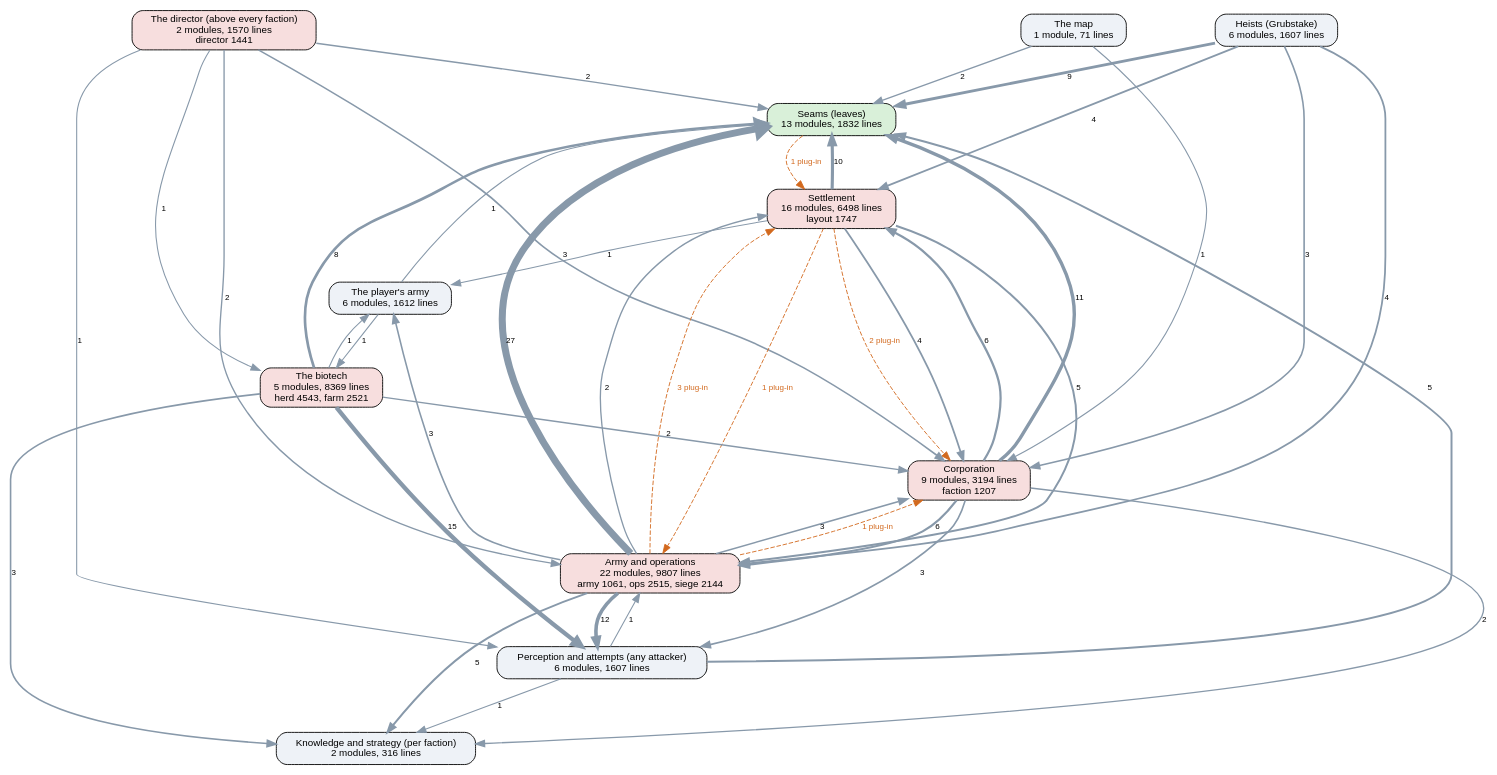
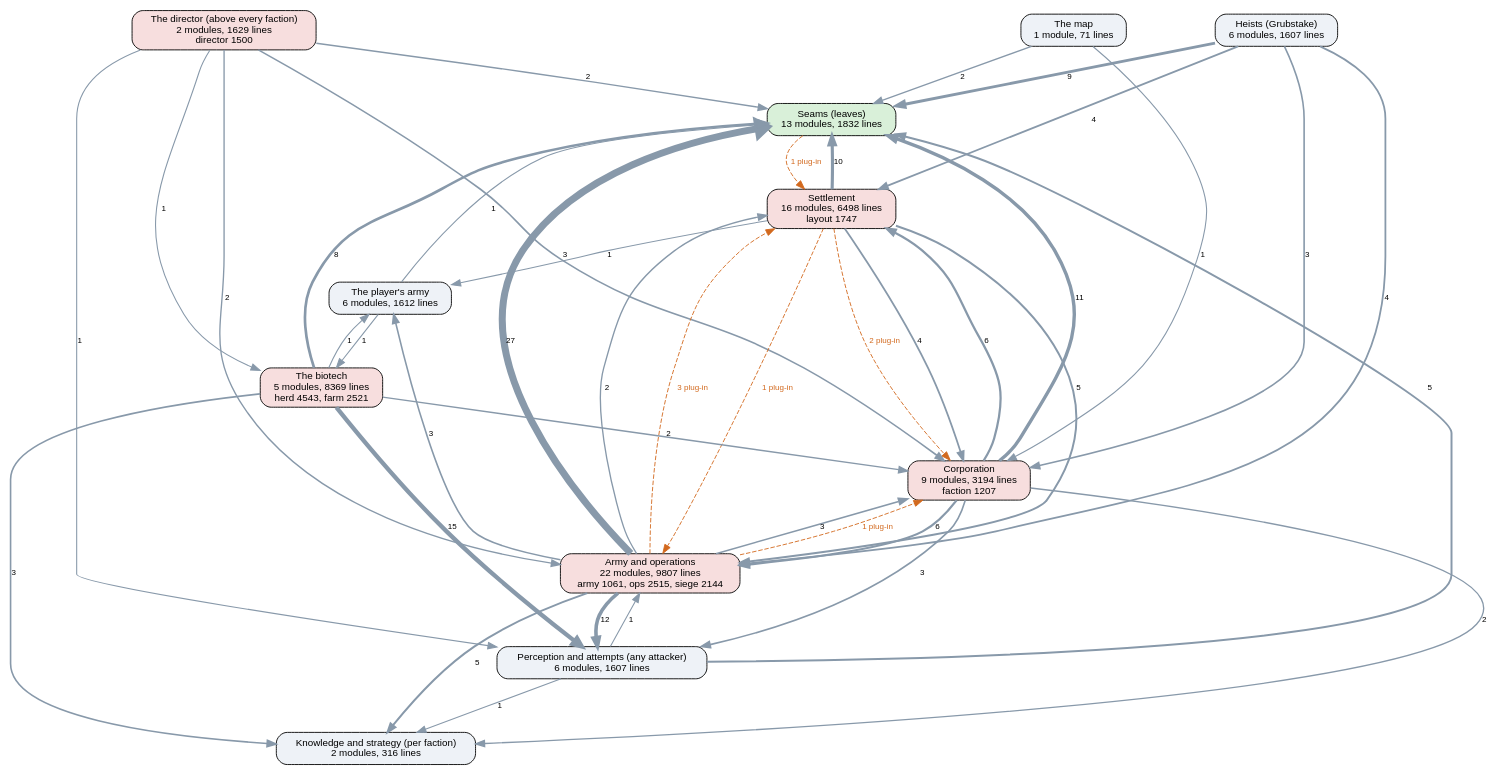
One commit to kinelhu/landing-party changed the diagram in docs/ai-layers.dot. Above: the diagram before and after it, drawn with Graphviz. The commit also changed 13 other files, not shown here.

```diff
--- a/docs/ai-layers.dot
+++ b/docs/ai-layers.dot
@@ -1,57 +1,57 @@
 digraph layers {
   graph [rankdir=TB, fontname="Helvetica", nodesep=0.5, ranksep=0.7];
   node [shape=box, style="rounded,filled", fontname="Helvetica", fontsize=11, fillcolor="#eef2f7"];
   edge [color="#8899aa", fontname="Helvetica", fontsize=9];
   "Seams (leaves)" [label="Seams (leaves)\n13 modules, 1832 lines", fillcolor="#d9f0d9"];
   "Perception and attempts (any attacker)" [label="Perception and attempts (any attacker)\n6 modules, 1607 lines", fillcolor="#eef2f7"];
   "Knowledge and strategy (per faction)" [label="Knowledge and strategy (per faction)\n2 modules, 316 lines", fillcolor="#eef2f7"];
-  "The director (above every faction)" [label="The director (above every faction)\n2 modules, 1570 lines\ndirector 1441", fillcolor="#f7dede"];
+  "The director (above every faction)" [label="The director (above every faction)\n2 modules, 1629 lines\ndirector 1500", fillcolor="#f7dede"];
   "Corporation" [label="Corporation\n9 modules, 3194 lines\nfaction 1207", fillcolor="#f7dede"];
   "Settlement" [label="Settlement\n16 modules, 6498 lines\nlayout 1747", fillcolor="#f7dede"];
   "Army and operations" [label="Army and operations\n22 modules, 9807 lines\narmy 1061, ops 2515, siege 2144", fillcolor="#f7dede"];
   "Heists (Grubstake)" [label="Heists (Grubstake)\n6 modules, 1607 lines", fillcolor="#eef2f7"];
   "The biotech" [label="The biotech\n5 modules, 8369 lines\nherd 4543, farm 2521", fillcolor="#f7dede"];
   "The map" [label="The map\n1 module, 71 lines", fillcolor="#eef2f7"];
   "The player's army" [label="The player's army\n6 modules, 1612 lines", fillcolor="#eef2f7"];
   "Army and operations" -> "Corporation" [label="3", penwidth=1.8];
   "Army and operations" -> "Knowledge and strategy (per faction)" [label="5", penwidth=2.2];
   "Army and operations" -> "Perception and attempts (any attacker)" [label="12", penwidth=4.0];
   "Army and operations" -> "Seams (leaves)" [label="27", penwidth=7.8];
   "Army and operations" -> "Settlement" [label="2", penwidth=1.5];
   "Army and operations" -> "The player's army" [label="3", penwidth=1.8];
   "Corporation" -> "Army and operations" [label="6", penwidth=2.5];
   "Corporation" -> "Knowledge and strategy (per faction)" [label="2", penwidth=1.5];
   "Corporation" -> "Perception and attempts (any attacker)" [label="3", penwidth=1.8];
   "Corporation" -> "Seams (leaves)" [label="11", penwidth=3.8];
   "Corporation" -> "Settlement" [label="6", penwidth=2.5];
   "Heists (Grubstake)" -> "Army and operations" [label="4", penwidth=2.0];
   "Heists (Grubstake)" -> "Corporation" [label="3", penwidth=1.8];
   "Heists (Grubstake)" -> "Seams (leaves)" [label="9", penwidth=3.2];
   "Heists (Grubstake)" -> "Settlement" [label="4", penwidth=2.0];
   "Perception and attempts (any attacker)" -> "Army and operations" [label="1", penwidth=1.2];
   "Perception and attempts (any attacker)" -> "Knowledge and strategy (per faction)" [label="1", penwidth=1.2];
   "Perception and attempts (any attacker)" -> "Seams (leaves)" [label="5", penwidth=2.2];
   "Settlement" -> "Army and operations" [label="5", penwidth=2.2];
   "Settlement" -> "Corporation" [label="4", penwidth=2.0];
   "Settlement" -> "Seams (leaves)" [label="10", penwidth=3.5];
   "Settlement" -> "The player's army" [label="1", penwidth=1.2];
   "The biotech" -> "Corporation" [label="2", penwidth=1.5];
   "The biotech" -> "Knowledge and strategy (per faction)" [label="3", penwidth=1.8];
   "The biotech" -> "Perception and attempts (any attacker)" [label="15", penwidth=4.8];
   "The biotech" -> "Seams (leaves)" [label="8", penwidth=3.0];
   "The biotech" -> "The player's army" [label="1", penwidth=1.2];
   "The director (above every faction)" -> "Army and operations" [label="2", penwidth=1.5];
   "The director (above every faction)" -> "Corporation" [label="3", penwidth=1.8];
   "The director (above every faction)" -> "Perception and attempts (any attacker)" [label="1", penwidth=1.2];
   "The director (above every faction)" -> "Seams (leaves)" [label="2", penwidth=1.5];
   "The director (above every faction)" -> "The biotech" [label="1", penwidth=1.2];
   "The map" -> "Corporation" [label="1", penwidth=1.2];
   "The map" -> "Seams (leaves)" [label="2", penwidth=1.5];
   "The player's army" -> "Seams (leaves)" [label="1", penwidth=1.2];
   "The player's army" -> "The biotech" [label="1", penwidth=1.2];
   "Army and operations" -> "Corporation" [style=dashed, color="#d2691e", fontcolor="#d2691e", label="1 plug-in"];
   "Army and operations" -> "Settlement" [style=dashed, color="#d2691e", fontcolor="#d2691e", label="3 plug-in"];
   "Seams (leaves)" -> "Settlement" [style=dashed, color="#d2691e", fontcolor="#d2691e", label="1 plug-in"];
   "Settlement" -> "Army and operations" [style=dashed, color="#d2691e", fontcolor="#d2691e", label="1 plug-in"];
   "Settlement" -> "Corporation" [style=dashed, color="#d2691e", fontcolor="#d2691e", label="2 plug-in"];
 }
```
